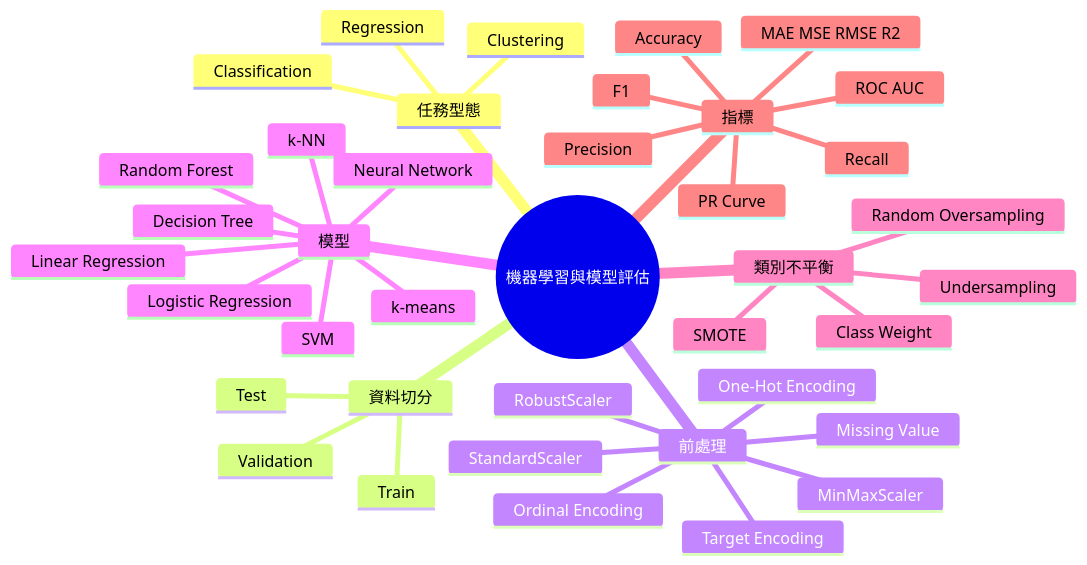
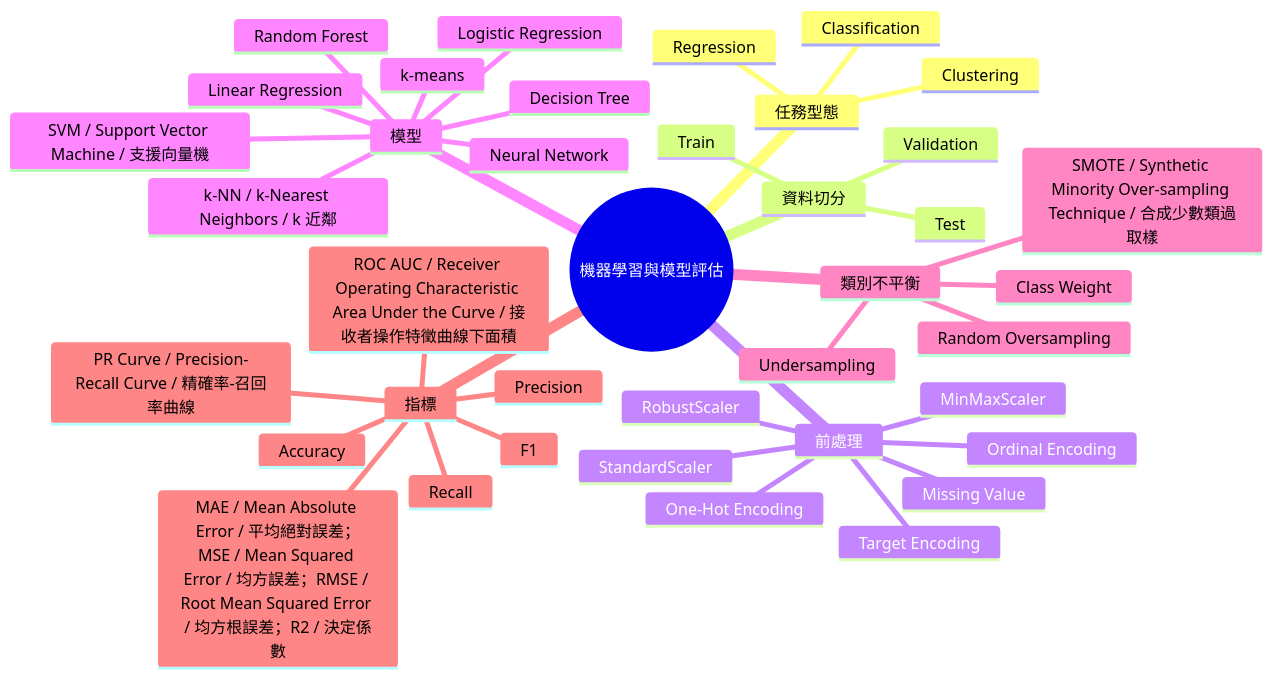
One commit to douglas168/levelcert changed the fourth of 10 diagrams in content/ipas/ipas-ai-mindmap.md. Above: the diagram before and after it, drawn with Mermaid. The commit also changed other lines of this file and 127 other files, not shown here.

````diff
--- a/content/ipas/ipas-ai-mindmap.md
+++ b/content/ipas/ipas-ai-mindmap.md
@@ -173,42 +173,42 @@
 ```mermaid
 mindmap
   root((機器學習與模型評估))
     任務型態
       Regression
       Classification
       Clustering
     資料切分
       Train
       Validation
       Test
     前處理
       Missing Value
       Ordinal Encoding
       One-Hot Encoding
       Target Encoding
       MinMaxScaler
       StandardScaler
       RobustScaler
     模型
       Linear Regression
       Logistic Regression
       Decision Tree
       Random Forest
-      SVM
-      k-NN
+      SVM / Support Vector Machine / 支援向量機
+      k-NN / k-Nearest Neighbors / k 近鄰
       Neural Network
       k-means
     類別不平衡
-      SMOTE
+      SMOTE / Synthetic Minority Over-sampling Technique / 合成少數類過取樣
       Random Oversampling
       Undersampling
       Class Weight
     指標
       Accuracy
       Precision
       Recall
       F1
-      ROC AUC
-      PR Curve
-      MAE MSE RMSE R2
+      ROC AUC / Receiver Operating Characteristic Area Under the Curve / 接收者操作特徵曲線下面積
+      PR Curve / Precision-Recall Curve / 精確率-召回率曲線
+      MAE / Mean Absolute Error / 平均絕對誤差；MSE / Mean Squared Error / 均方誤差；RMSE / Root Mean Squared Error / 均方根誤差；R2 / 決定係數
 ```
````
